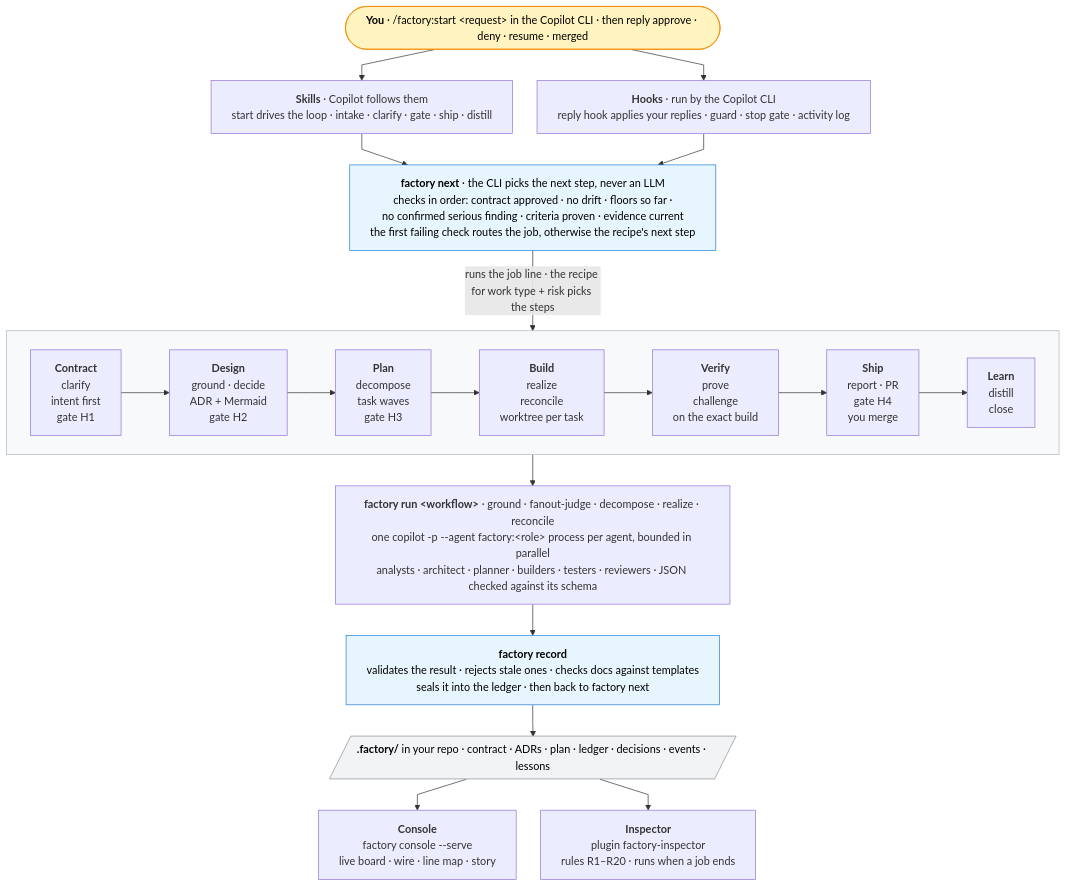
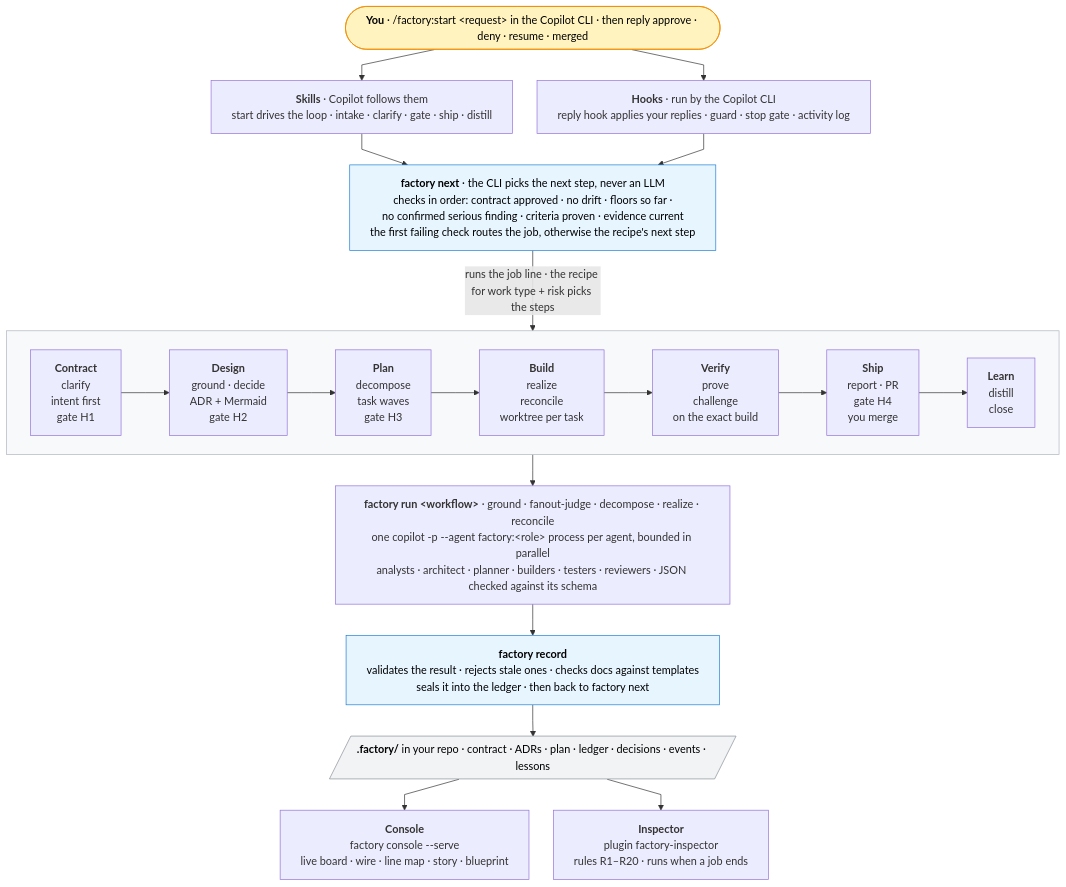
The diagram in README.md (reshif/copilot-factory), drawn with Mermaid before and after one commit. The commit also changed other lines of this file and 21 other files, not shown here.

````diff
--- a/README.md
+++ b/README.md
@@ -18,54 +18,54 @@
 ```mermaid
 ---
 config:
   flowchart:
     curve: linear
     nodeSpacing: 36
     rankSpacing: 46
     wrappingWidth: 520
 ---
 flowchart TB
   you(["<b>You</b> · /factory:start &lt;request&gt; in the Copilot CLI · then reply approve · deny · resume · merged"]):::human
 
   skills["<b>Skills</b> · Copilot follows them<br/>start drives the loop · intake · clarify · gate · ship · distill"]
   hooks["<b>Hooks</b> · run by the Copilot CLI<br/>reply hook applies your replies · guard · stop gate · activity log"]
 
   router["<b>factory next</b> · the CLI picks the next step, never an LLM<br/>checks in order: contract approved · no drift · floors so far ·<br/>no confirmed serious finding · criteria proven · evidence current<br/>the first failing check routes the job, otherwise the recipe's next step"]:::cli
 
   subgraph line[" "]
     direction LR
     s1["<b>Contract</b><br/>clarify<br/>intent first<br/>gate H1"]
     s2["<b>Design</b><br/>ground · decide<br/>ADR + Mermaid<br/>gate H2"]
     s3["<b>Plan</b><br/>decompose<br/>task waves<br/>gate H3"]
     s4["<b>Build</b><br/>realize<br/>reconcile<br/>worktree per task"]
     s5["<b>Verify</b><br/>prove<br/>challenge<br/>on the exact build"]
     s6["<b>Ship</b><br/>report · PR<br/>gate H4<br/>you merge"]
     s7["<b>Learn</b><br/>distill<br/>close"]
     s1 --> s2 --> s3 --> s4 --> s5 --> s6 --> s7
   end
 
   run["<b>factory run &lt;workflow&gt;</b> · ground · fanout-judge · decompose · realize · reconcile<br/>one copilot -p --agent factory:&lt;role&gt; process per agent, bounded in parallel<br/>analysts · architect · planner · builders · testers · reviewers · JSON checked against its schema"]
 
   record["<b>factory record</b><br/>validates the result · rejects stale ones · checks docs against templates<br/>seals it into the ledger · then back to factory next"]:::cli
 
   store[/"<b>.factory/</b> in your repo · contract · ADRs · plan · ledger · decisions · events · lessons"/]:::art
 
-  console["<b>Console</b><br/>factory console --serve<br/>live board · wire · line map · story"]
+  console["<b>Console</b><br/>factory console --serve<br/>live board · wire · line map · story · blueprint"]
   inspector["<b>Inspector</b><br/>plugin factory-inspector<br/>rules R1–R20 · runs when a job ends"]
 
   you --> skills
   you --> hooks
   skills --> router
   hooks --> router
   router -->|"runs the job line · the recipe for work type + risk picks the steps"| line
   line --> run
   run --> record
   record --> store
   store --> console
   store --> inspector
 
   classDef human fill:#fff3bf,stroke:#f08c00,color:#000
   classDef cli fill:#e7f5ff,stroke:#1c7ed6,color:#000
   classDef art fill:#f1f3f5,stroke:#868e96,color:#000
   style line fill:#f8f9fa,stroke:#adb5bd
 ```
````
